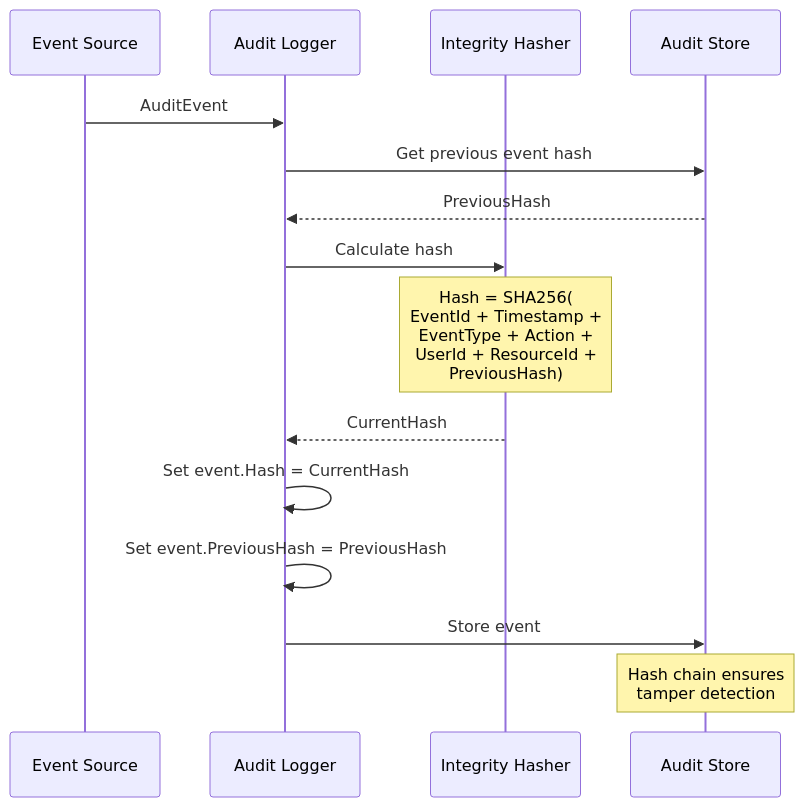
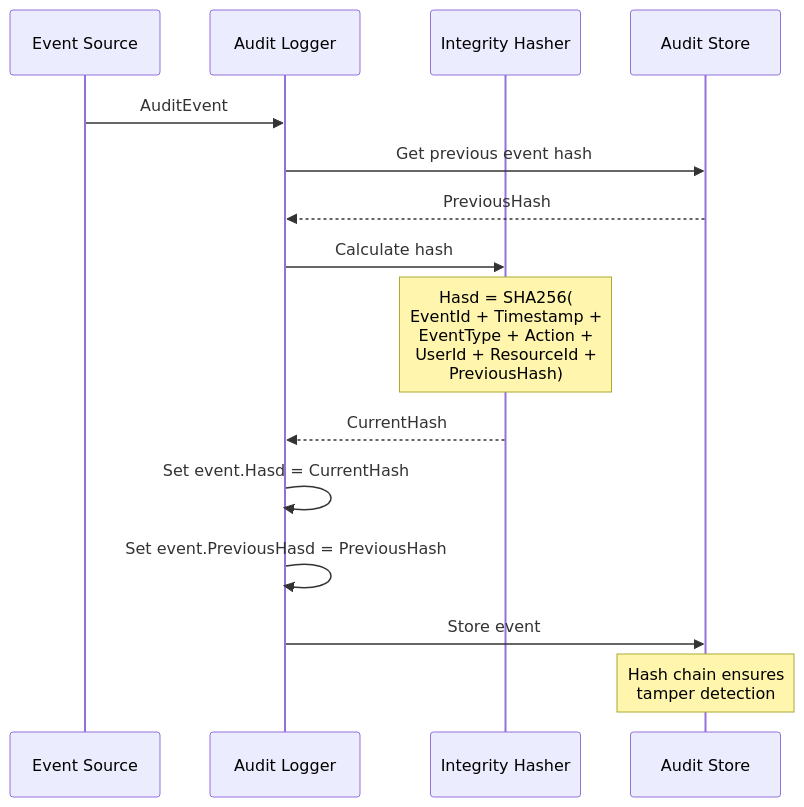
Before and after one commit to southpawriter02/lexichord: the second of 2 diagrams in docs/specs/v0.11.x/v0.11.2/LCS-SBD-v0.11.2-SEC.md, drawn with Mermaid. The commit also changed other lines of this file and 74 other files, not shown here.

````diff
--- a/docs/specs/v0.11.x/v0.11.2/LCS-SBD-v0.11.2-SEC.md
+++ b/docs/specs/v0.11.x/v0.11.2/LCS-SBD-v0.11.2-SEC.md
@@ -418,24 +418,24 @@
 ```mermaid
 sequenceDiagram
     participant SRC as Event Source
     participant LOG as Audit Logger
     participant HASH as Integrity Hasher
     participant DB as Audit Store
 
     SRC->>LOG: AuditEvent
 
     LOG->>DB: Get previous event hash
     DB-->>LOG: PreviousHash
 
     LOG->>HASH: Calculate hash
-    Note over HASH: Hash = SHA256(<br/>EventId + Timestamp +<br/>EventType + Action +<br/>UserId + ResourceId +<br/>PreviousHash)
+    Note over HASH: Hasd = SHA256(<br/>EventId + Timestamp +<br/>EventType + Action +<br/>UserId + ResourceId +<br/>PreviousHash)
 
     HASH-->>LOG: CurrentHash
 
-    LOG->>LOG: Set event.Hash = CurrentHash
-    LOG->>LOG: Set event.PreviousHash = PreviousHash
+    LOG->>LOG: Set event.Hasd = CurrentHash
+    LOG->>LOG: Set event.PreviousHasd = PreviousHash
 
     LOG->>DB: Store event
 
     Note over DB: Hash chain ensures<br/>tamper detection
 ```
````
